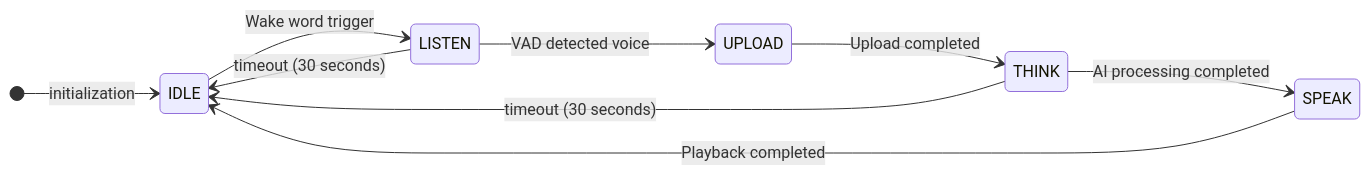
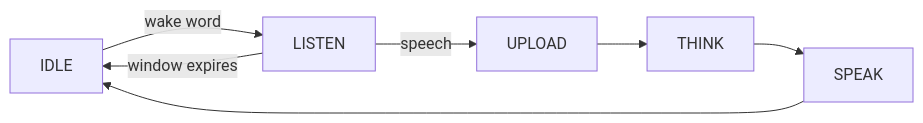
One commit to Tuya-Community/TuyaOpen.io changed the diagram in docs/cloud/device-ai/ai-components/ai-mode-wakeup.md. Above: the diagram before and after it, drawn with Mermaid. The commit also changed other lines of this file and 365 other files, not shown here.

````diff
--- a/docs/cloud/device-ai/ai-components/ai-mode-wakeup.md
+++ b/docs/cloud/device-ai/ai-components/ai-mode-wakeup.md
@@ -54,12 +25,9 @@
 ```mermaid
-stateDiagram-v2
-    direction LR
-[*] --> IDLE: initialization
-IDLE --> LISTEN: Wake word trigger
-LISTEN --> UPLOAD: VAD detected voice
-UPLOAD --> THINK: Upload completed
-THINK --> SPEAK: AI processing completed
-SPEAK --> IDLE: Playback completed
-LISTEN --> IDLE: timeout (30 seconds)
-THINK --> IDLE: timeout (30 seconds)
+flowchart LR
+    IDLE -->|wake word| LISTEN
+    LISTEN -->|speech| UPLOAD
+    LISTEN -->|window expires| IDLE
+    UPLOAD --> THINK
+    THINK --> SPEAK
+    SPEAK --> IDLE
 ```
````
